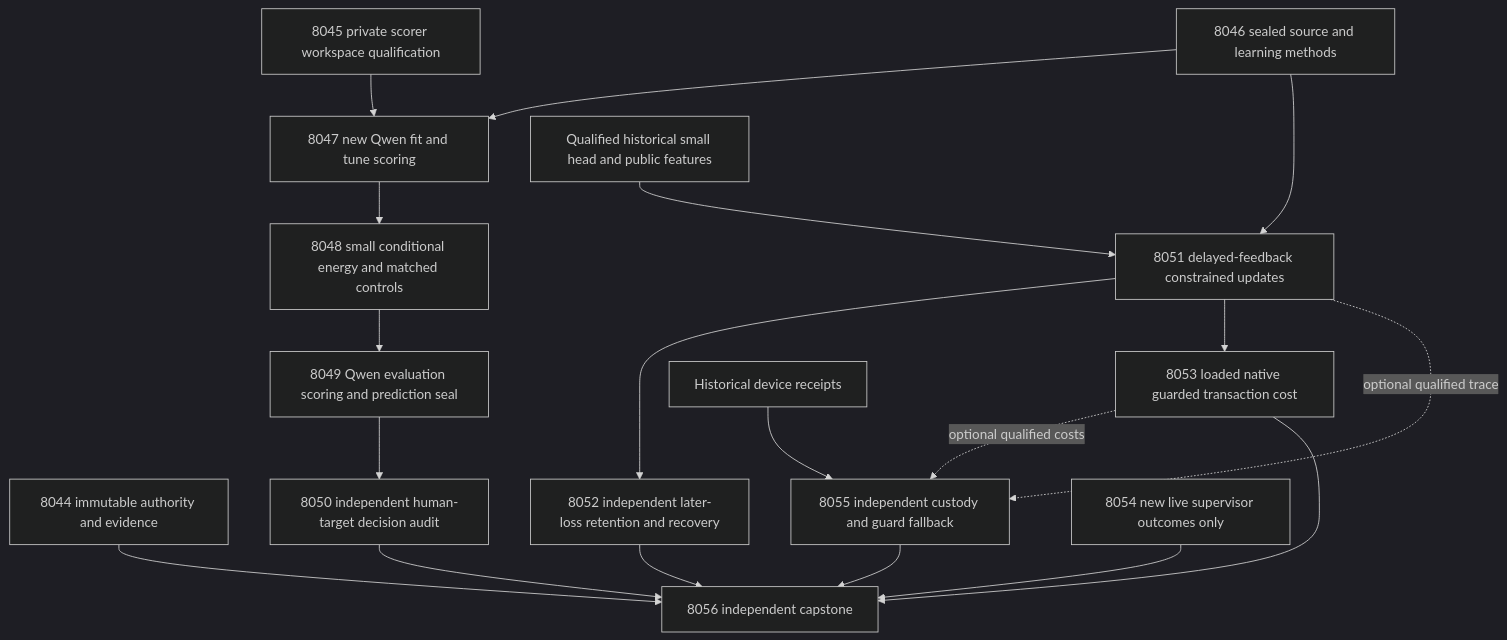
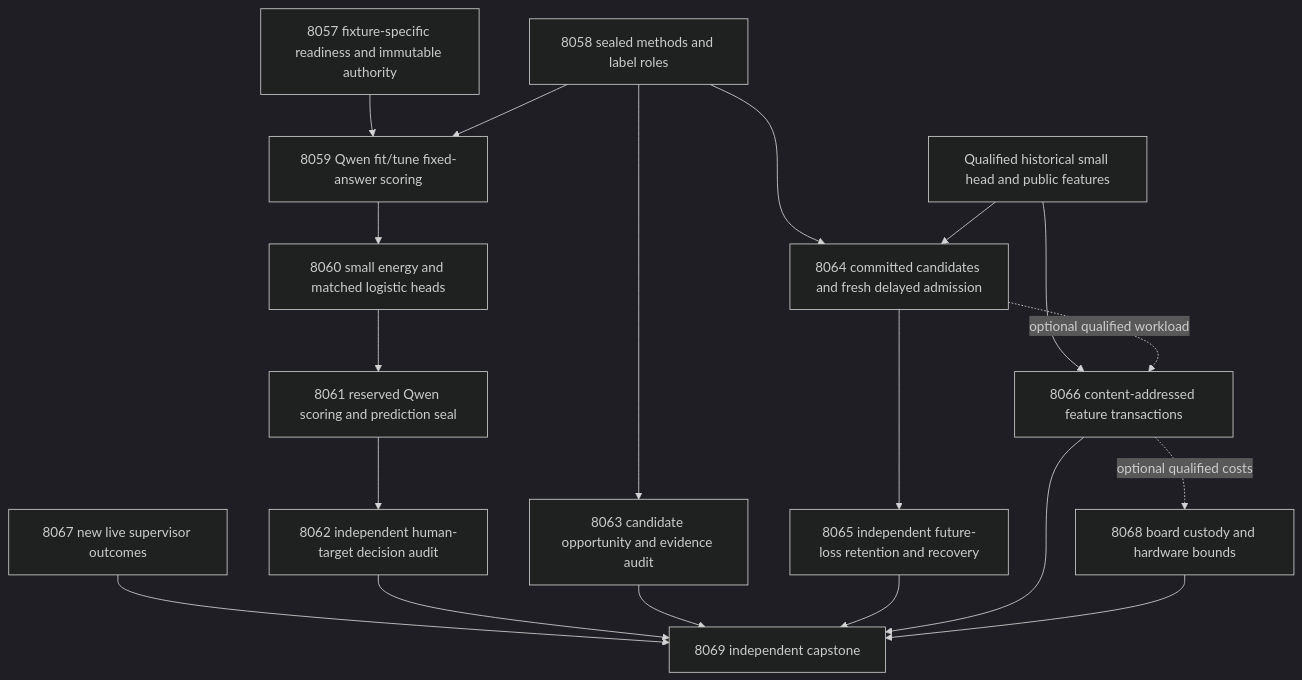
Before and after one commit to Carnot-EBM/carnot-ebm: the first of 2 diagrams in openspec/change-proposals/research-roadmap-vNEXT.md, drawn with Mermaid (dark theme). The commit also changed other lines of this file and 16 other files, not shown here.

````diff
--- a/openspec/change-proposals/research-roadmap-vNEXT.md
+++ b/openspec/change-proposals/research-roadmap-vNEXT.md
@@ -89,21 +88,21 @@
 ```mermaid
 flowchart TD
-  A[8044 immutable authority and evidence] --> Z[8056 independent capstone]
-  W[8045 private scorer workspace qualification] --> C[8047 new Qwen fit and tune scoring]
-  P[8046 sealed source and learning methods] --> C
-  C --> E[8048 small conditional energy and matched controls]
-  E --> V[8049 Qwen evaluation scoring and prediction seal]
-  V --> D[8050 independent human-target decision audit]
-  P --> L[8051 delayed-feedback constrained updates]
+  F[8057 fixture-specific readiness and immutable authority] --> Q[8059 Qwen fit/tune fixed-answer scoring]
+  P[8058 sealed methods and label roles] --> Q
+  Q --> E[8060 small energy and matched logistic heads]
+  E --> V[8061 reserved Qwen scoring and prediction seal]
+  V --> A[8062 independent human-target decision audit]
+  P --> D[8063 candidate opportunity and evidence audit]
+  P --> L[8064 committed candidates and fresh delayed admission]
   H[Qualified historical small head and public features] --> L
-  L --> R[8052 independent later-loss retention and recovery]
-  L --> N[8053 loaded native guarded transaction cost]
-  B[Historical device receipts] --> F[8055 independent custody and guard fallback]
-  L -. optional qualified trace .-> F
-  N -. optional qualified costs .-> F
-  S[8054 new live supervisor outcomes only] --> Z
+  L --> R[8065 independent future-loss retention and recovery]
+  H --> C[8066 content-addressed feature transactions]
+  L -. optional qualified workload .-> C
+  C -. optional qualified costs .-> B[8068 board custody and hardware bounds]
+  S[8067 new live supervisor outcomes] --> Z[8069 independent capstone]
+  A --> Z
   D --> Z
   R --> Z
-  N --> Z
-  F --> Z
+  C --> Z
+  B --> Z
 ```
````
